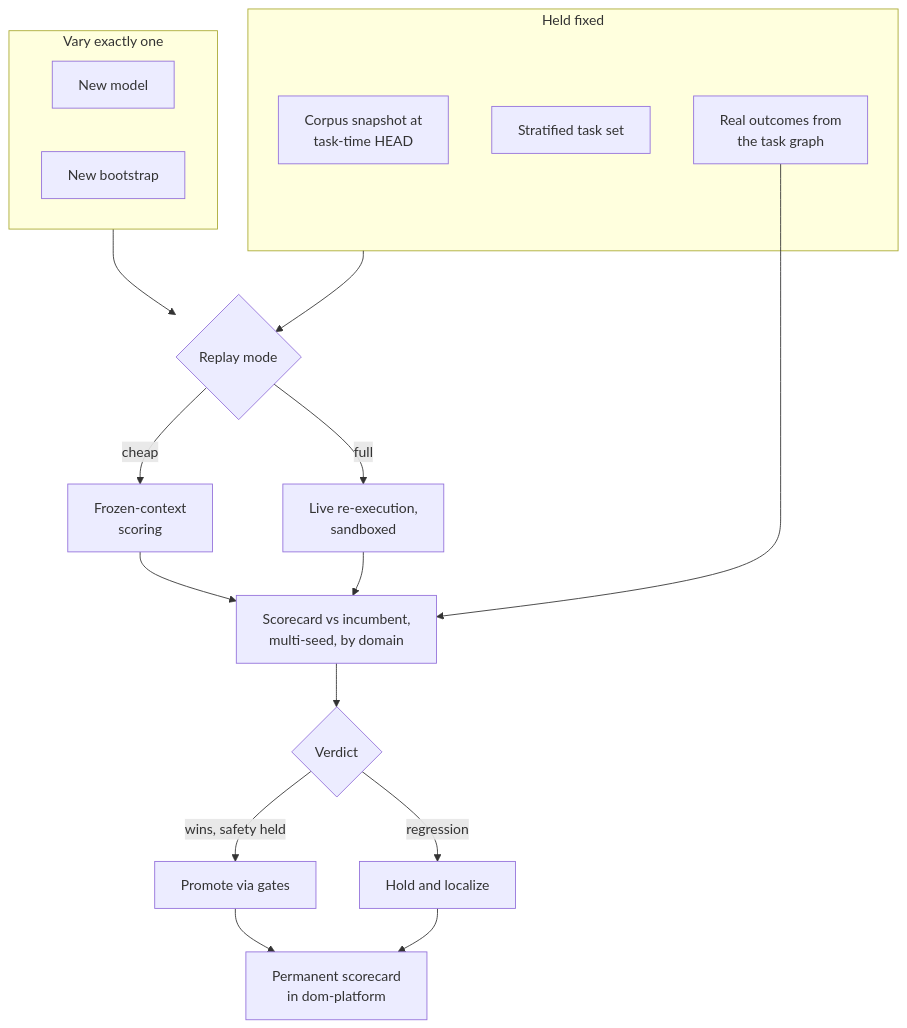
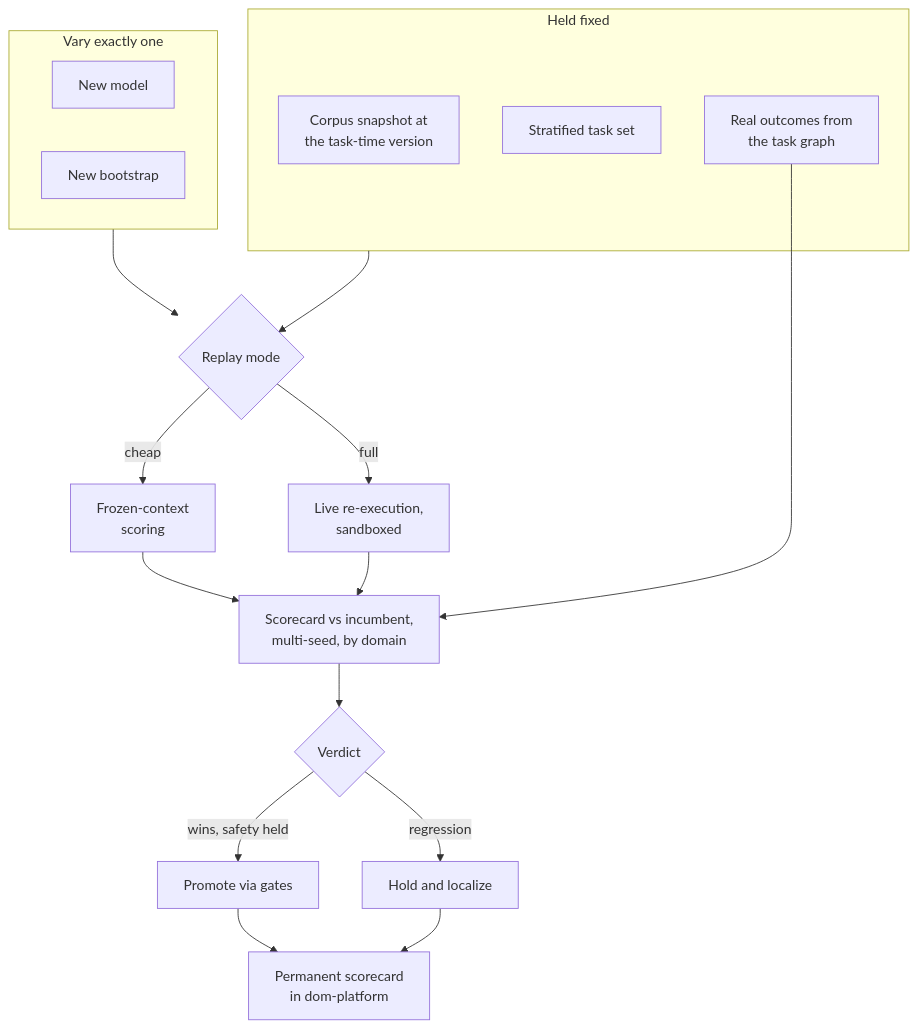
Diagram 13 of 14 in docs/durable-memory-for-disposable-agents.md (apache/tooling-memory), drawn with Mermaid before and after one commit. The commit also changed other lines of this file, not shown here.

````diff
--- a/docs/durable-memory-for-disposable-agents.md
+++ b/docs/durable-memory-for-disposable-agents.md
@@ -823,24 +823,24 @@
 ```mermaid
 flowchart TD
     subgraph FIX["Held fixed"]
-        SNAP["Corpus snapshot at<br/>task-time HEAD"]
+        SNAP["Corpus snapshot at<br/>the task-time version"]
         TASKS["Stratified task set"]
         LAB["Real outcomes from<br/>the task graph"]
     end
     subgraph SUT["Vary exactly one"]
         MODEL["New model"]
         BOOT["New bootstrap"]
     end
     FIX --> RP{"Replay mode"}
     SUT --> RP
     RP -- cheap --> FC["Frozen-context<br/>scoring"]
     RP -- full --> LE["Live re-execution,<br/>sandboxed"]
     FC --> SC["Scorecard vs incumbent,<br/>multi-seed, by domain"]
     LE --> SC
     LAB --> SC
     SC --> V{"Verdict"}
     V -- "wins, safety held" --> PROM["Promote via gates"]
     V -- regression --> HOLD["Hold and localize"]
     PROM --> RECX["Permanent scorecard<br/>in dom-platform"]
     HOLD --> RECX
 ```
````
